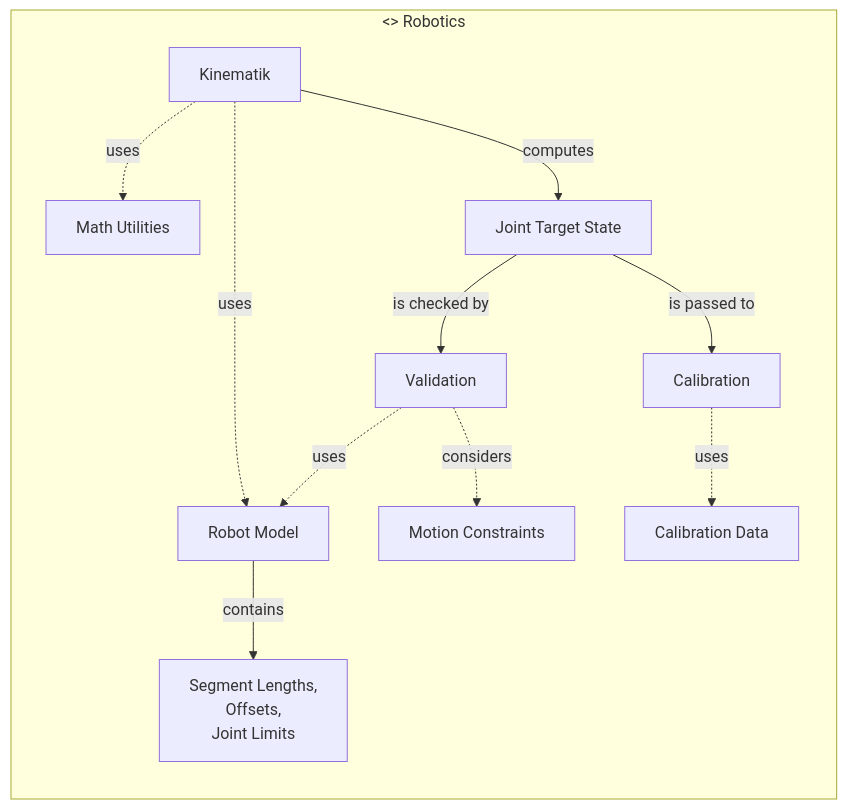
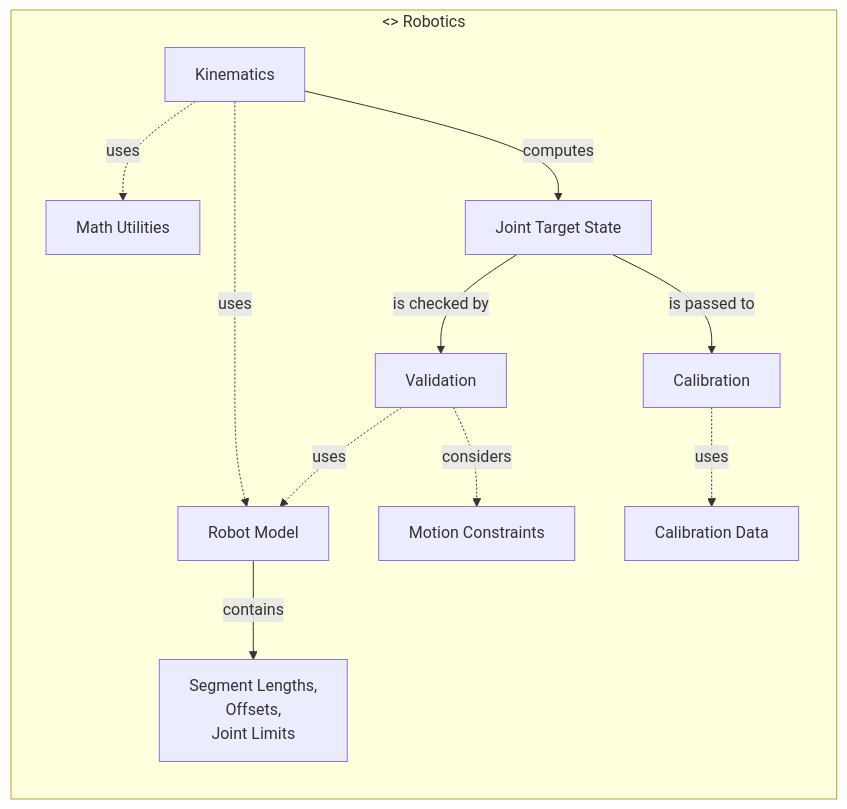
Before and after one commit to butz1999/inverse_kinematik: the fourth of 7 diagrams in doc/projektbeschreibung.md, drawn with Mermaid. The commit also changed other lines of this file, not shown here.

````diff
--- a/doc/projektbeschreibung.md
+++ b/doc/projektbeschreibung.md
@@ -475,24 +475,24 @@
 ```mermaid
 flowchart LR
     subgraph ROB["<<component>> Robotics"]
-        C1[Kinematik]
+        C1[Kinematics]
         C2[Validation]
         C3[Robot Model]
         C4[Calibration Data]
         C5[Motion Constraints]
         C6[Joint Target State]
         C7[Calibration]
         C8[Math Utilities]
         C9[Segment Lengths,\nOffsets,\nJoint Limits]
 
         C1 -.->|uses| C3
         C1 -.->|uses| C8
         C2 -.->|uses| C3
         C2 -.->|considers| C5
         C3 -->|contains| C9
         C1 -->|computes| C6
         C6 -->|is checked by| C2
         C7 -.->|uses| C4
         C6 -->|is passed to| C7
     end
 ```
````
